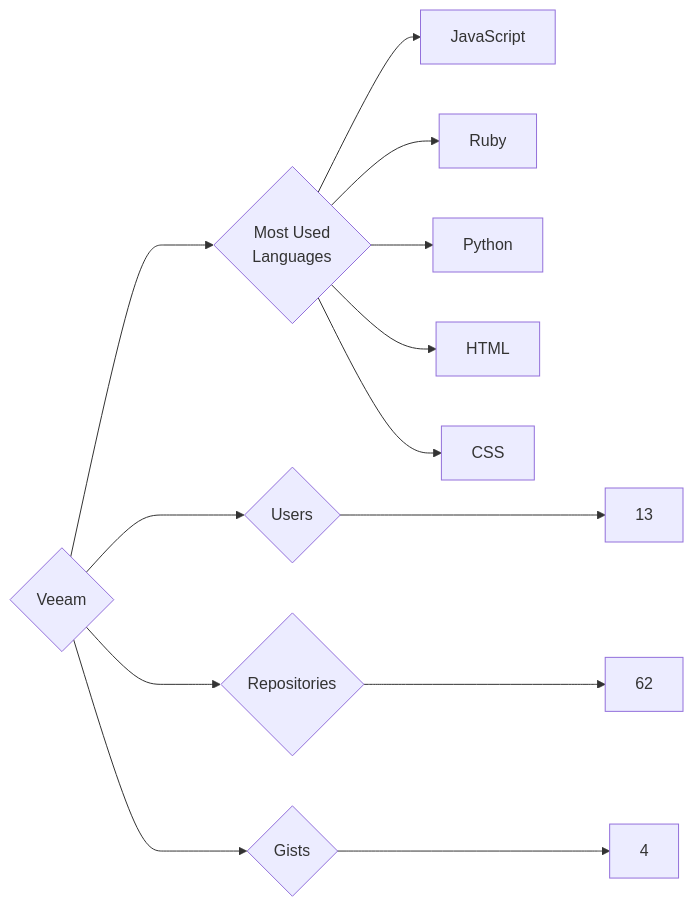
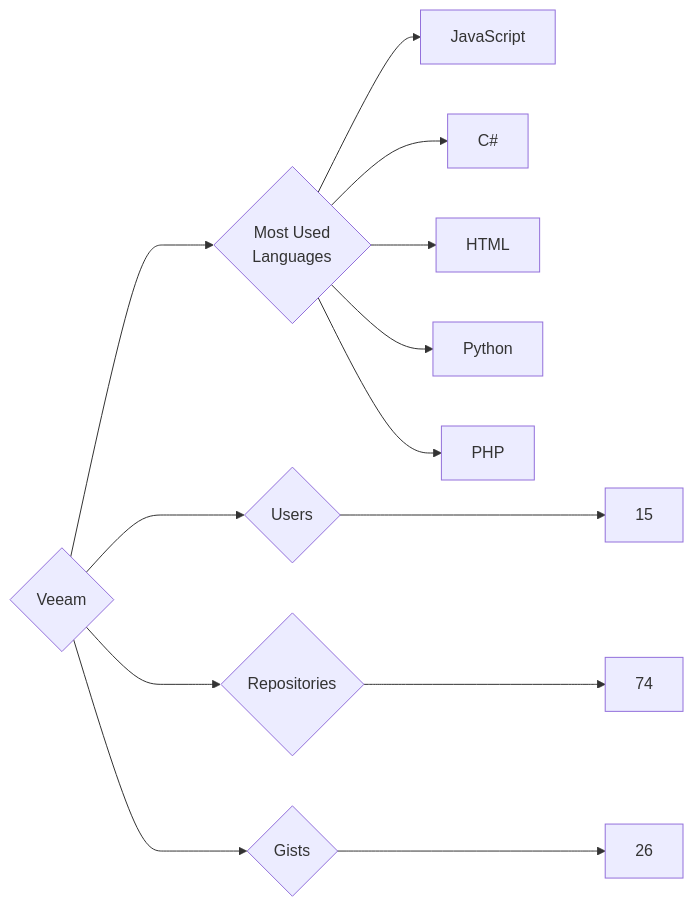
One commit to trickest/insiders changed the diagram in targets/Veeam/README.md. Above: the diagram before and after it, drawn with Mermaid. The commit also changed 969 other files, not shown here.

````diff
--- a/targets/Veeam/README.md
+++ b/targets/Veeam/README.md
@@ -3,13 +3,13 @@
 ```mermaid
 graph LR
 COMPANY_NAME{Veeam}
-COMPANY_NAME ---> U{Users} ---> UN[13]
-COMPANY_NAME ---> R{Repositories} ---> RN[62]
-COMPANY_NAME ---> G{Gists} ---> GN[4]
+COMPANY_NAME ---> U{Users} ---> UN[15]
+COMPANY_NAME ---> R{Repositories} ---> RN[74]
+COMPANY_NAME ---> G{Gists} ---> GN[26]
 COMPANY_NAME ---> ML{Most Used<br>Languages}
 ML --> JavaScript[JavaScript]
-ML --> Ruby[Ruby]
+ML --> C#[C#]
+ML --> HTML[HTML]
 ML --> Python[Python]
-ML --> HTML[HTML]
-ML --> CSS[CSS]
+ML --> PHP[PHP]
 ```
````
